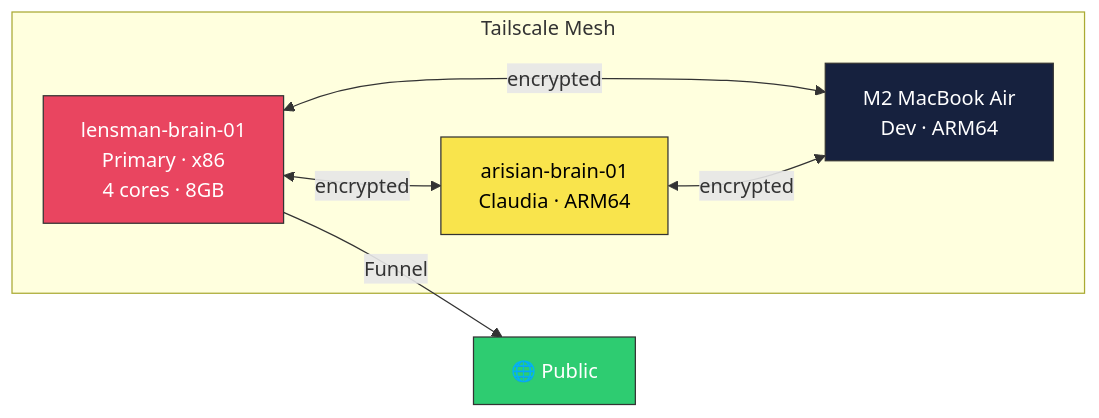
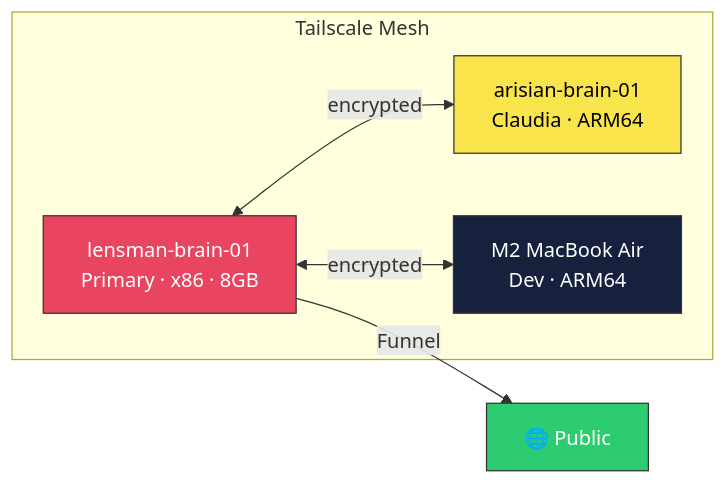
One commit to doc-rogers/workshop changed the second of 2 diagrams in README.md. Above: the diagram before and after it, drawn with Mermaid. The commit also changed other lines of this file, not shown here.

````diff
--- a/README.md
+++ b/README.md
@@ -137,18 +218,17 @@
 ```mermaid
 graph LR
     subgraph TS["Tailscale Mesh"]
-        L["lensman-brain-01<br/>Primary · x86<br/>4 cores · 8GB"]
+        L["lensman-brain-01<br/>Primary · x86 · 8GB"]
         C["arisian-brain-01<br/>Claudia · ARM64"]
         M["M2 MacBook Air<br/>Dev · ARM64"]
     end
 
     L <-->|encrypted| C
     L <-->|encrypted| M
-    C <-->|encrypted| M
     L -->|Funnel| PUB["🌐 Public"]
 
     style L fill:#e94560,stroke:#333,color:#fff
     style C fill:#f9e44c,stroke:#333,color:#000
     style M fill:#16213e,stroke:#333,color:#fff
     style PUB fill:#2ecc71,stroke:#333,color:#fff
 ```
````
